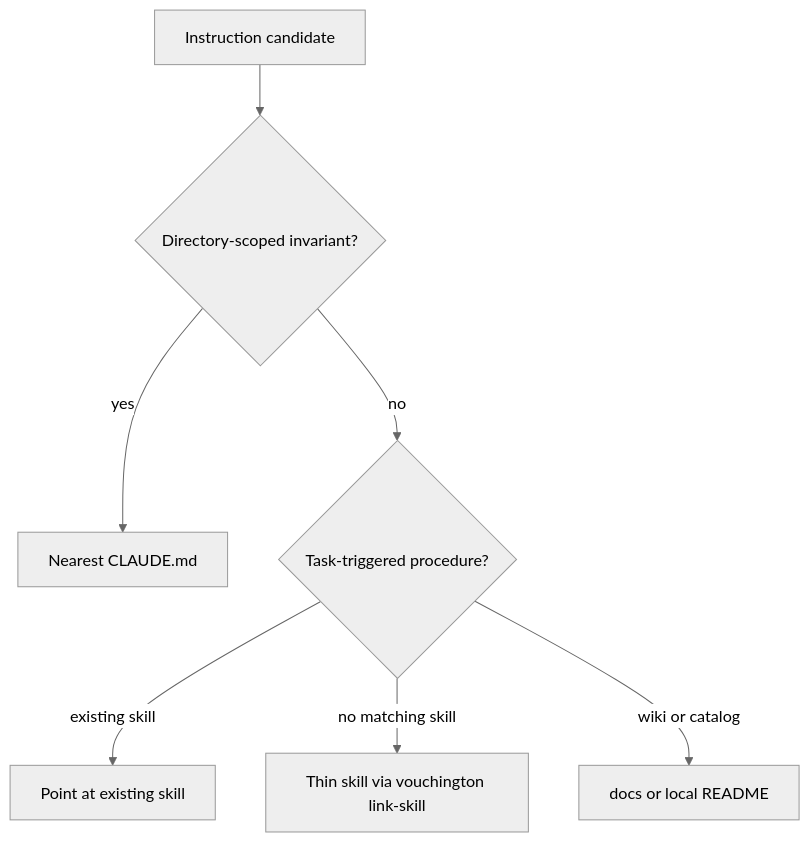
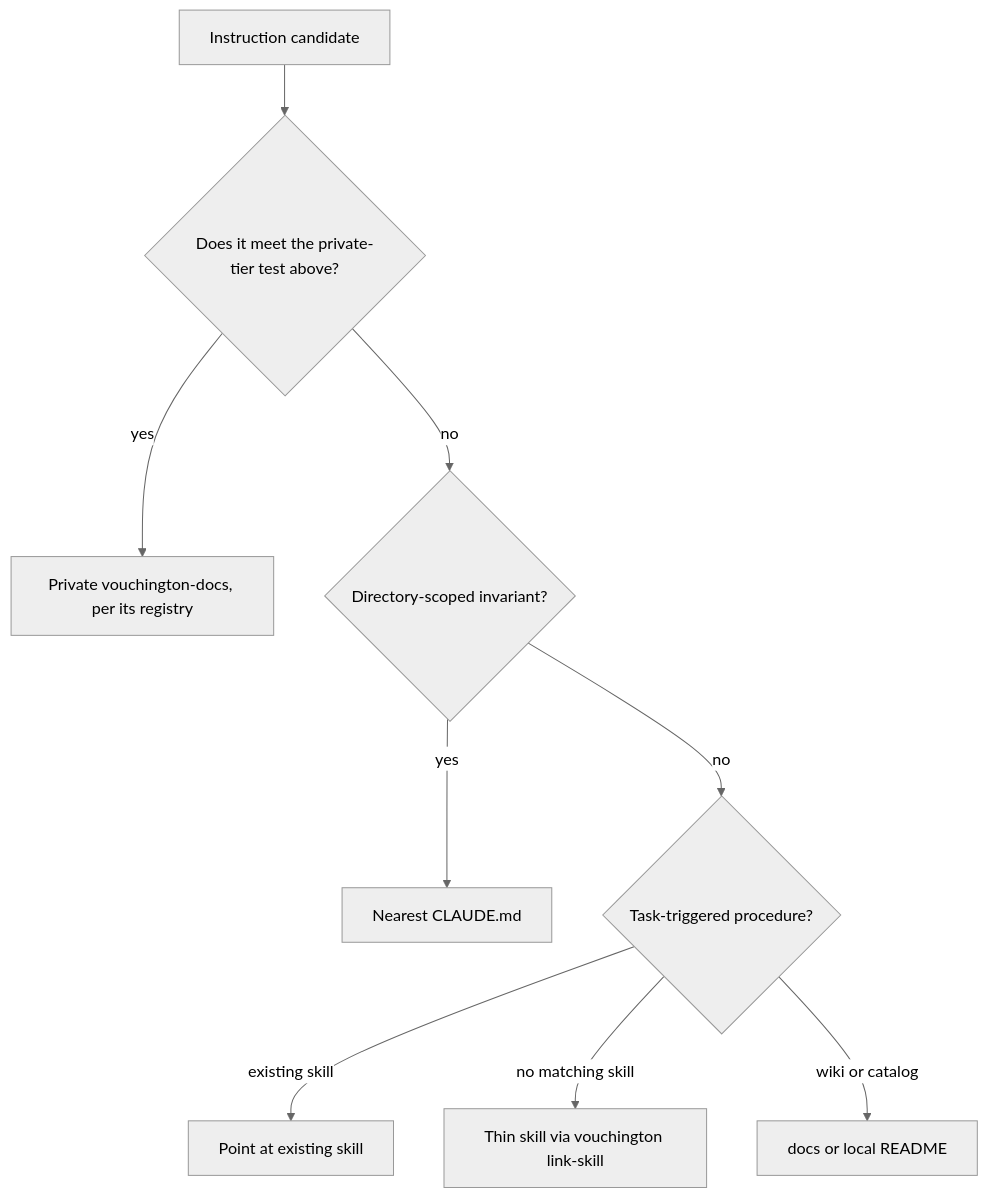
The diagram in docs/CLAUDE.md (vouchington/vouchington), drawn with Mermaid (neutral theme) before and after one commit. The commit also changed other lines of this file, not shown here.

First line of the commit message:
docs: add the public/private tier test to the placement rubric (#156)

````diff
--- a/docs/CLAUDE.md
+++ b/docs/CLAUDE.md
@@ -27,10 +44,12 @@
 ```mermaid
 flowchart TD
   item[Instruction candidate]
-  item --> q1{Directory-scoped invariant?}
+  item --> q0{Does it meet the private-tier test above?}
+  q0 -->|yes| privateDocs[Private vouchington-docs, per its registry]
+  q0 -->|no| q1{Directory-scoped invariant?}
   q1 -->|yes| claudeMd[Nearest CLAUDE.md]
   q1 -->|no| q2{Task-triggered procedure?}
   q2 -->|existing skill| existingSkill[Point at existing skill]
   q2 -->|no matching skill| newSkill[Thin skill via vouchington link-skill]
   q2 -->|wiki or catalog| docsHome[docs or local README]
 ```
````
